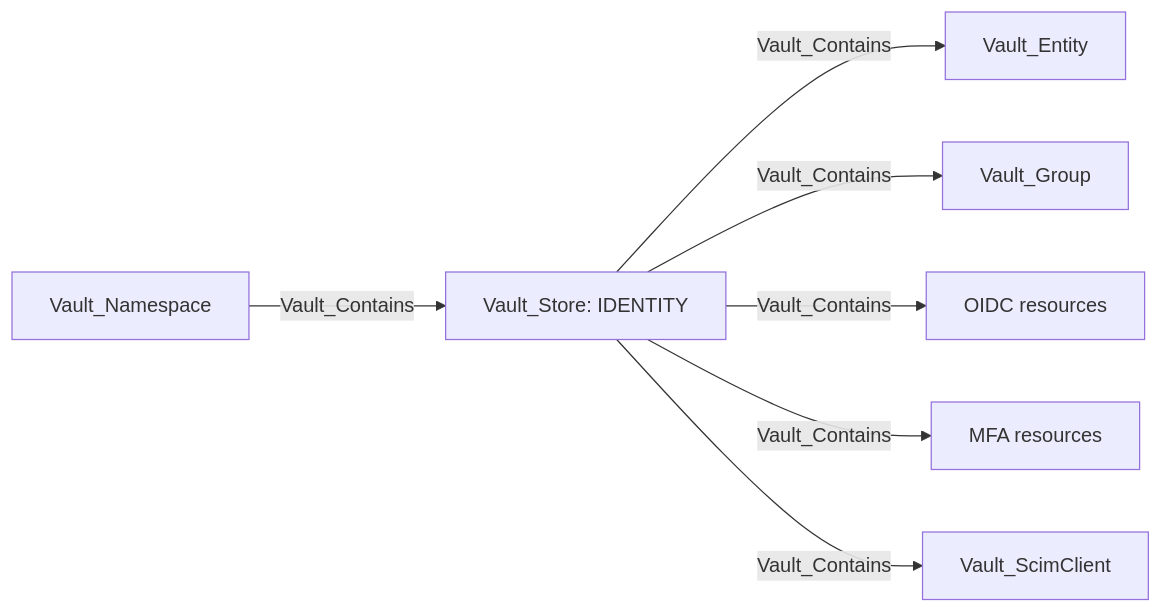
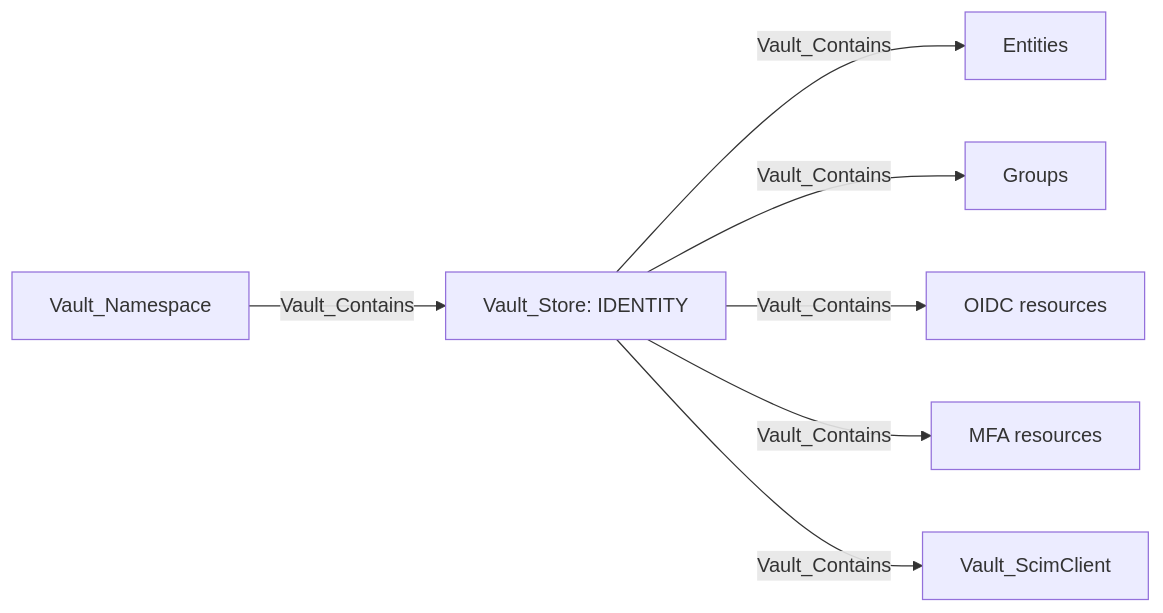
The first of 11 diagrams in Documentation/stores/IDENTITY.md (bytewreck/opengraph-vault), drawn with Mermaid before and after one commit. The commit also changed other lines of this file and 4 other files, not shown here.

````diff
--- a/Documentation/stores/IDENTITY.md
+++ b/Documentation/stores/IDENTITY.md
@@ -5,9 +5,9 @@
 ```mermaid
 flowchart LR
     namespace[Vault_Namespace] -->|Vault_Contains| store[Vault_Store: IDENTITY]
-    store -->|Vault_Contains| entity[Vault_Entity]
-    store -->|Vault_Contains| group[Vault_Group]
+    store -->|Vault_Contains| entity[Entities]
+    store -->|Vault_Contains| group[Groups]
     store -->|Vault_Contains| oidc[OIDC resources]
     store -->|Vault_Contains| mfa[MFA resources]
     store -->|Vault_Contains| scim[Vault_ScimClient]
 ```
````
